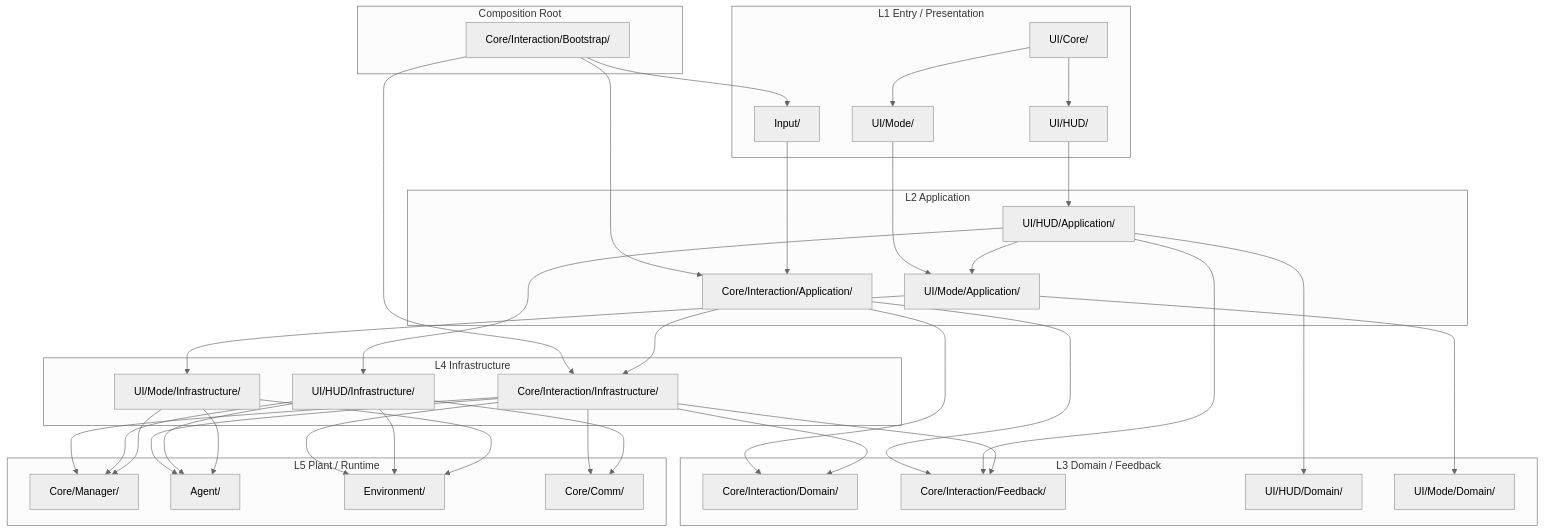
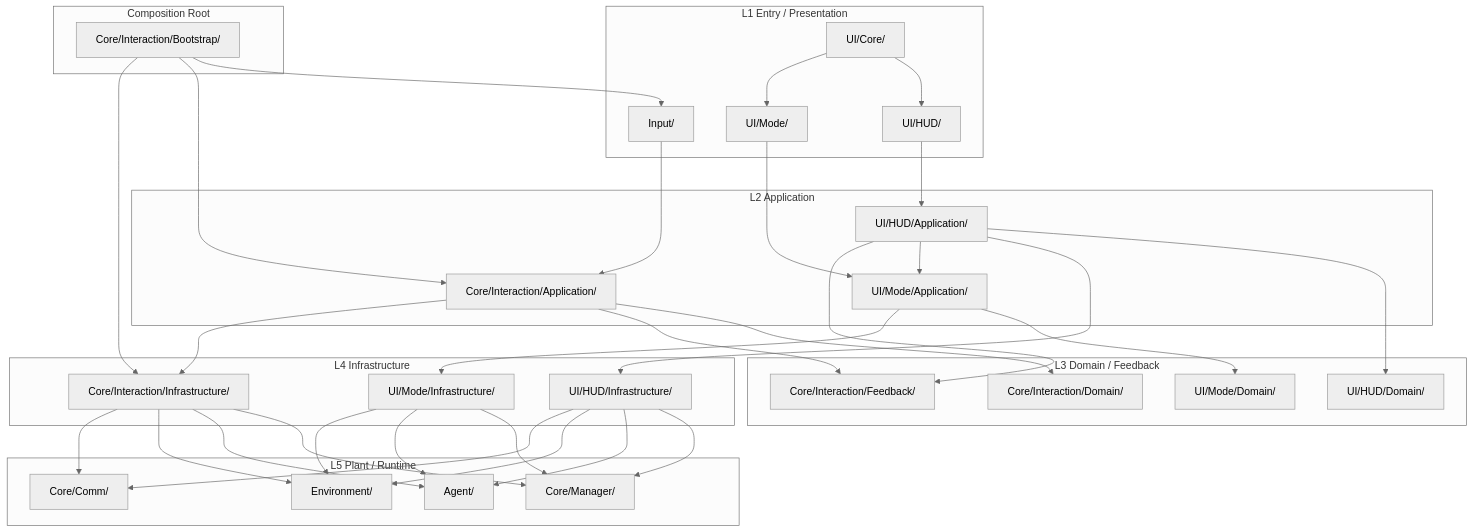
One commit to MiangChen/MultiAgent-Unreal changed the second of 2 diagrams in site_docs/architecture.md. Above: the diagram before and after it, drawn with Mermaid (neutral theme). The commit also changed other lines of this file and 4 other files, not shown here.

Commit message:
refactor(architecture): move feedback pipeline out of infrastructure

````diff
--- a/site_docs/architecture.md
+++ b/site_docs/architecture.md
@@ -65,78 +75,76 @@
 ```mermaid
 flowchart TB
     subgraph CR["Composition Root"]
         BOOT["Core/Interaction/Bootstrap/"]
     end
 
     subgraph L1["L1 Entry / Presentation"]
         INPUT["Input/"]
         UIHUD["UI/HUD/"]
         UIMODE["UI/Mode/"]
         UICORE["UI/Core/"]
     end
 
     subgraph L2["L2 Application"]
         INTAPP["Core/Interaction/Application/"]
         HUDAPP["UI/HUD/Application/"]
         MODEAPP["UI/Mode/Application/"]
     end
 
     subgraph L3["L3 Domain / Feedback"]
         INTDOMAIN["Core/Interaction/Domain/"]
         FEEDBACK["Core/Interaction/Feedback/"]
         HUDDOMAIN["UI/HUD/Domain/"]
         MODEDOMAIN["UI/Mode/Domain/"]
     end
 
     subgraph L4["L4 Infrastructure"]
         INTINFRA["Core/Interaction/Infrastructure/"]
         HUDINFRA["UI/HUD/Infrastructure/"]
         MODEINFRA["UI/Mode/Infrastructure/"]
     end
 
     subgraph L5["L5 Plant / Runtime"]
         MANAGER["Core/Manager/"]
         AGENT["Agent/"]
         ENV["Environment/"]
         COMM["Core/Comm/"]
     end
 
     BOOT --> INPUT
     BOOT --> INTAPP
     BOOT --> INTINFRA
 
     INPUT --> INTAPP
 
     UICORE --> UIHUD
     UICORE --> UIMODE
     UIHUD --> HUDAPP
     UIMODE --> MODEAPP
 
     INTAPP --> INTDOMAIN
     INTAPP --> FEEDBACK
     INTAPP --> INTINFRA
 
     HUDAPP --> HUDDOMAIN
     HUDAPP --> HUDINFRA
     HUDAPP --> MODEAPP
     HUDAPP --> FEEDBACK
 
     MODEAPP --> MODEDOMAIN
     MODEAPP --> MODEINFRA
 
-    INTINFRA --> INTDOMAIN
-    INTINFRA --> FEEDBACK
     INTINFRA --> MANAGER
     INTINFRA --> AGENT
     INTINFRA --> ENV
     INTINFRA --> COMM
 
     HUDINFRA --> MANAGER
     HUDINFRA --> AGENT
     HUDINFRA --> ENV
     HUDINFRA --> COMM
 
     MODEINFRA --> MANAGER
     MODEINFRA --> AGENT
     MODEINFRA --> ENV
 ```
````
